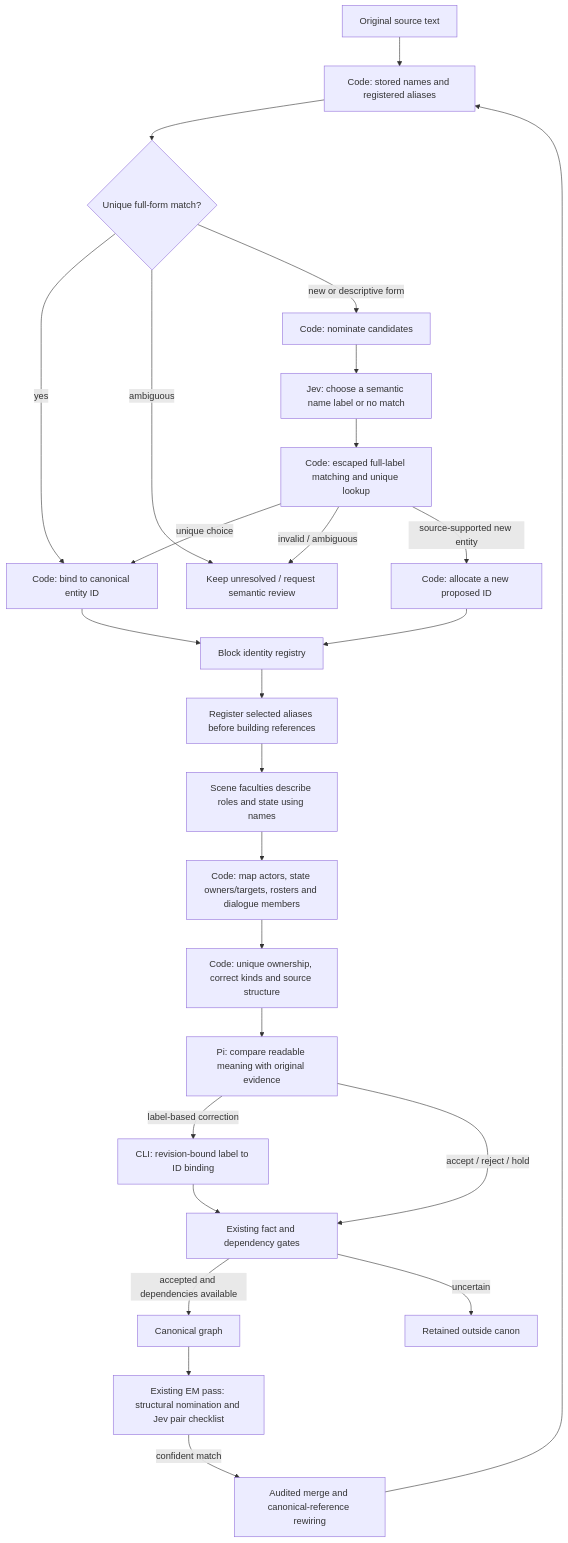
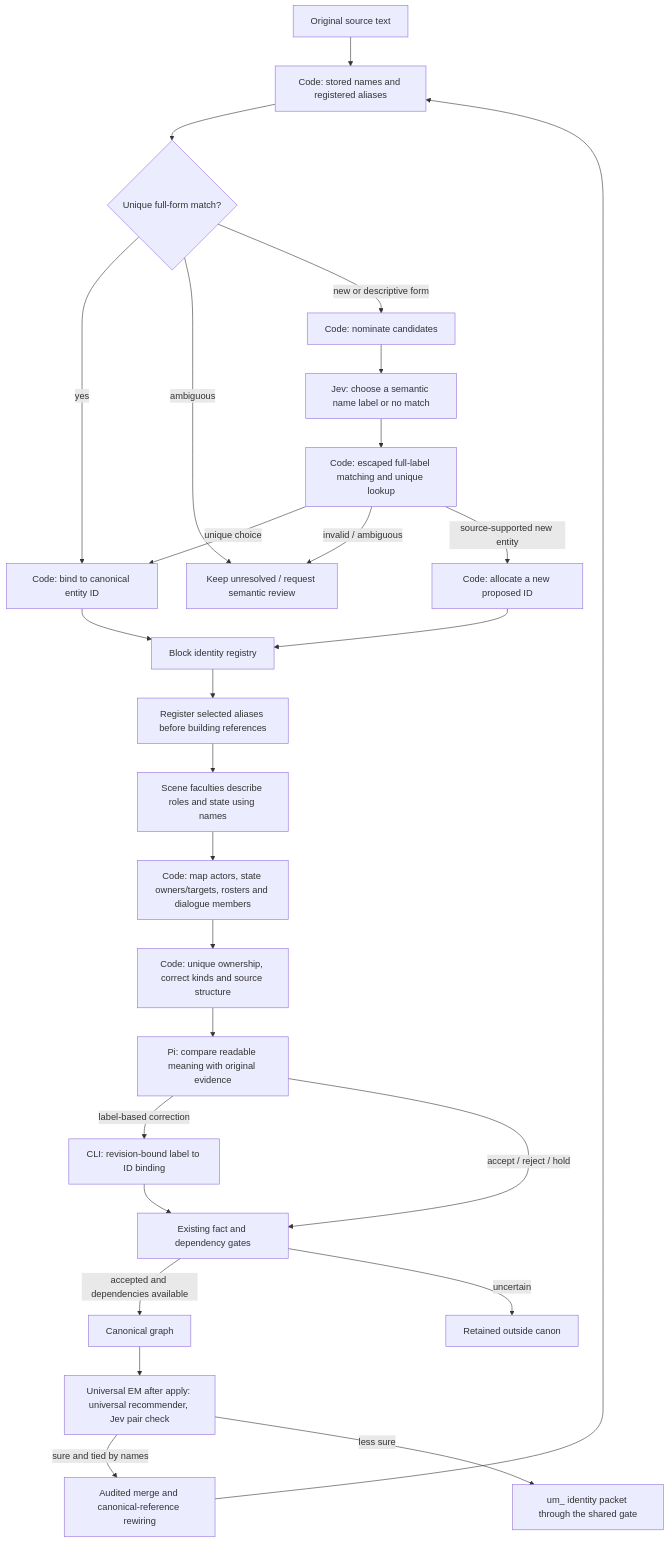
The diagram in docs/identity-flow.md (gardianofthedarkness/novel-ontology-pi), drawn with Mermaid before and after one commit. The commit also changed other lines of this file and 35 other files, not shown here.

First line of the commit message:
feat(identity): universal EM — one shared character list per universe

````diff
--- a/docs/identity-flow.md
+++ b/docs/identity-flow.md
@@ -9,28 +12,29 @@
 ```mermaid
 flowchart TD
   Text[Original source text] --> Index[Code: stored names and registered aliases]
   Index --> Exact{Unique full-form match?}
   Exact -->|yes| Binding[Code: bind to canonical entity ID]
   Exact -->|ambiguous| Unknown[Keep unresolved / request semantic review]
   Exact -->|new or descriptive form| Nominate[Code: nominate candidates]
   Nominate --> Jev[Jev: choose a semantic name label or no match]
   Jev --> Decode[Code: escaped full-label matching and unique lookup]
   Decode -->|unique choice| Binding
   Decode -->|invalid / ambiguous| Unknown
   Decode -->|source-supported new entity| Mint[Code: allocate a new proposed ID]
   Mint --> Registry[Block identity registry]
   Binding --> Registry
   Registry --> Early[Register selected aliases before building references]
   Early --> Scenes[Scene faculties describe roles and state using names]
   Scenes --> References[Code: map actors, state owners/targets, rosters and dialogue members]
   References --> Validate[Code: unique ownership, correct kinds and source structure]
   Validate --> Pi[Pi: compare readable meaning with original evidence]
   Pi -->|label-based correction| BindCorrection[CLI: revision-bound label to ID binding]
   BindCorrection --> Gate[Existing fact and dependency gates]
   Pi -->|accept / reject / hold| Gate
   Gate -->|accepted and dependencies available| Canon[Canonical graph]
   Gate -->|uncertain| Held[Retained outside canon]
-  Canon --> EM[Existing EM pass: structural nomination and Jev pair checklist]
-  EM -->|confident match| Merge[Audited merge and canonical-reference rewiring]
+  Canon --> EM[Universal EM after apply: universal recommender, Jev pair check]
+  EM -->|sure and tied by names| Merge[Audited merge and canonical-reference rewiring]
+  EM -->|less sure| Review[um_ identity packet through the shared gate]
   Merge --> Index
 ```
````
